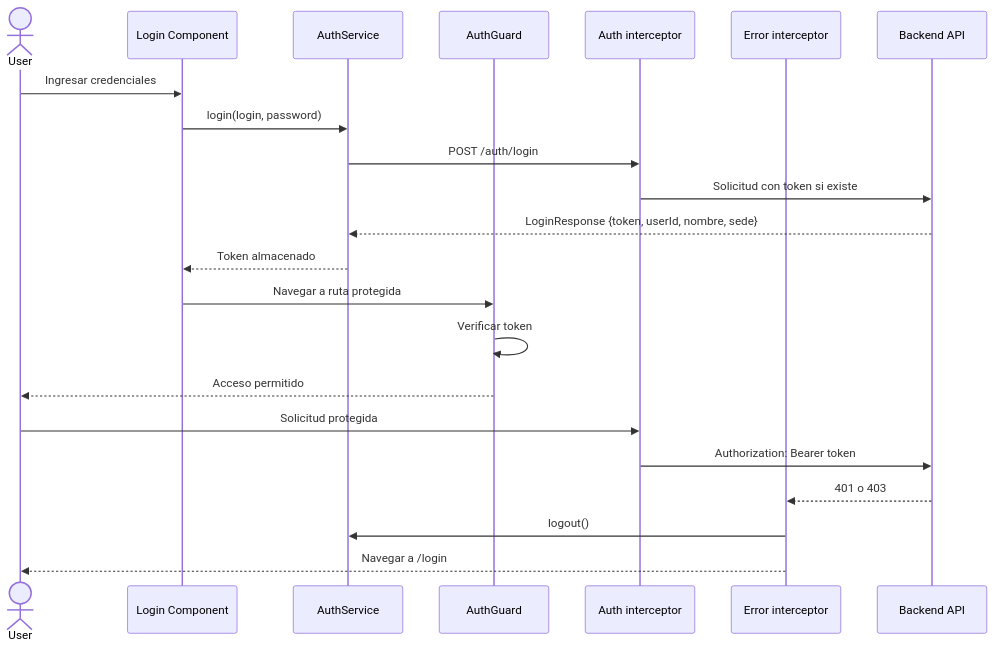
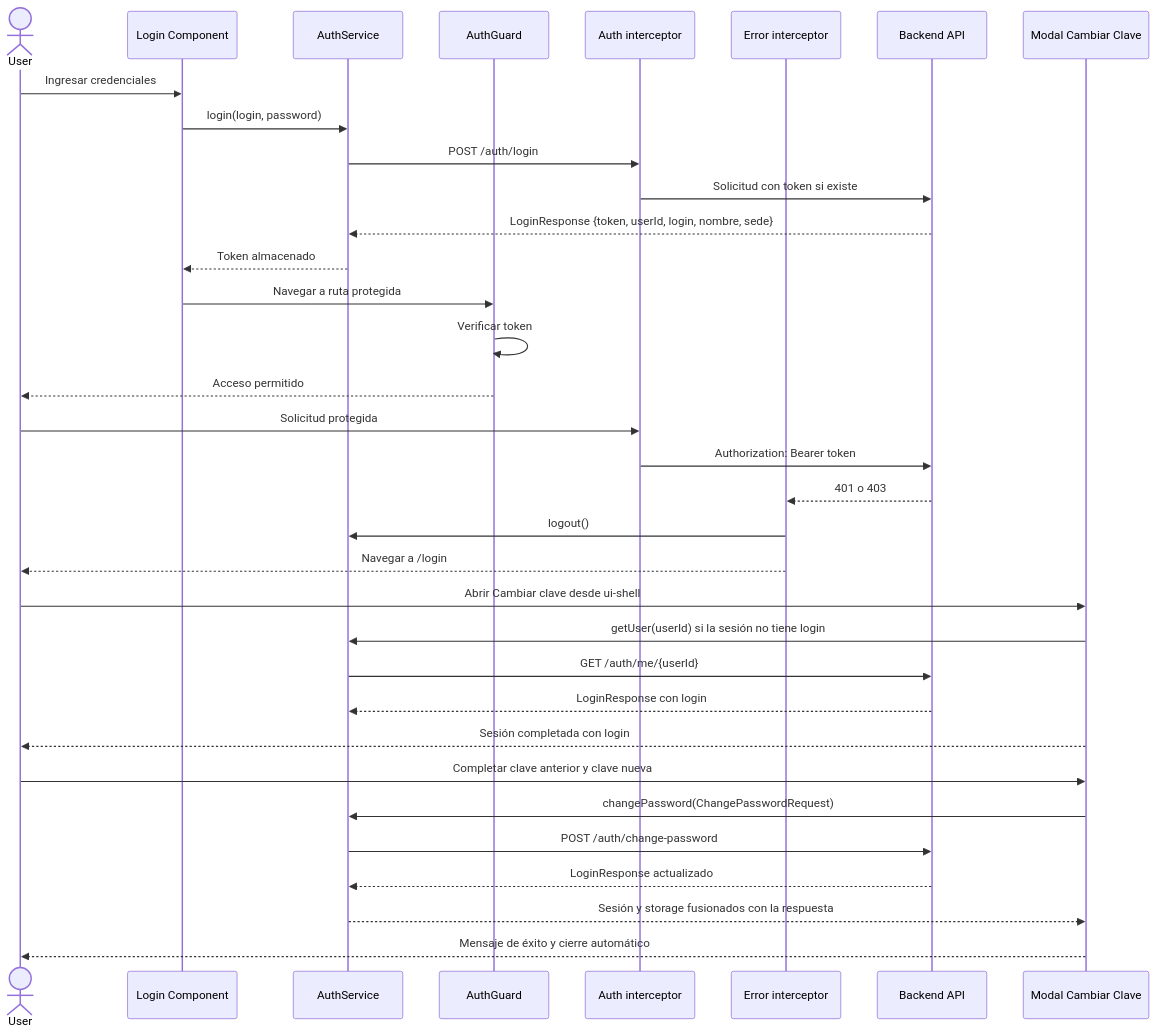
The second of 8 diagrams in docs/architecture.md (UM-services/UM.tesoreria.frontend-client), drawn with Mermaid before and after one commit. The commit also changed other lines of this file and 4 other files, not shown here.

````diff
--- a/docs/architecture.md
+++ b/docs/architecture.md
@@ -73,25 +75,38 @@
 ```mermaid
 sequenceDiagram
     actor User
     participant Login as Login Component
     participant AuthService as AuthService
     participant AuthGuard as AuthGuard
     participant AuthInterceptor as Auth interceptor
     participant ErrorInterceptor as Error interceptor
     participant API as Backend API
 
+    participant Cambio as Modal Cambiar Clave
+
     User->>Login: Ingresar credenciales
     Login->>AuthService: login(login, password)
     AuthService->>AuthInterceptor: POST /auth/login
     AuthInterceptor->>API: Solicitud con token si existe
-    API-->>AuthService: LoginResponse {token, userId, nombre, sede}
+    API-->>AuthService: LoginResponse {token, userId, login, nombre, sede}
     AuthService-->>Login: Token almacenado
     Login->>AuthGuard: Navegar a ruta protegida
     AuthGuard->>AuthGuard: Verificar token
     AuthGuard-->>User: Acceso permitido
     User->>AuthInterceptor: Solicitud protegida
     AuthInterceptor->>API: Authorization: Bearer token
     API-->>ErrorInterceptor: 401 o 403
     ErrorInterceptor->>AuthService: logout()
     ErrorInterceptor-->>User: Navegar a /login
+    User->>Cambio: Abrir Cambiar clave desde ui-shell
+    Cambio->>AuthService: getUser(userId) si la sesión no tiene login
+    AuthService->>API: GET /auth/me/{userId}
+    API-->>AuthService: LoginResponse con login
+    Cambio-->>User: Sesión completada con login
+    User->>Cambio: Completar clave anterior y clave nueva
+    Cambio->>AuthService: changePassword(ChangePasswordRequest)
+    AuthService->>API: POST /auth/change-password
+    API-->>AuthService: LoginResponse actualizado
+    AuthService-->>Cambio: Sesión y storage fusionados con la respuesta
+    Cambio-->>User: Mensaje de éxito y cierre automático
 ```
````
